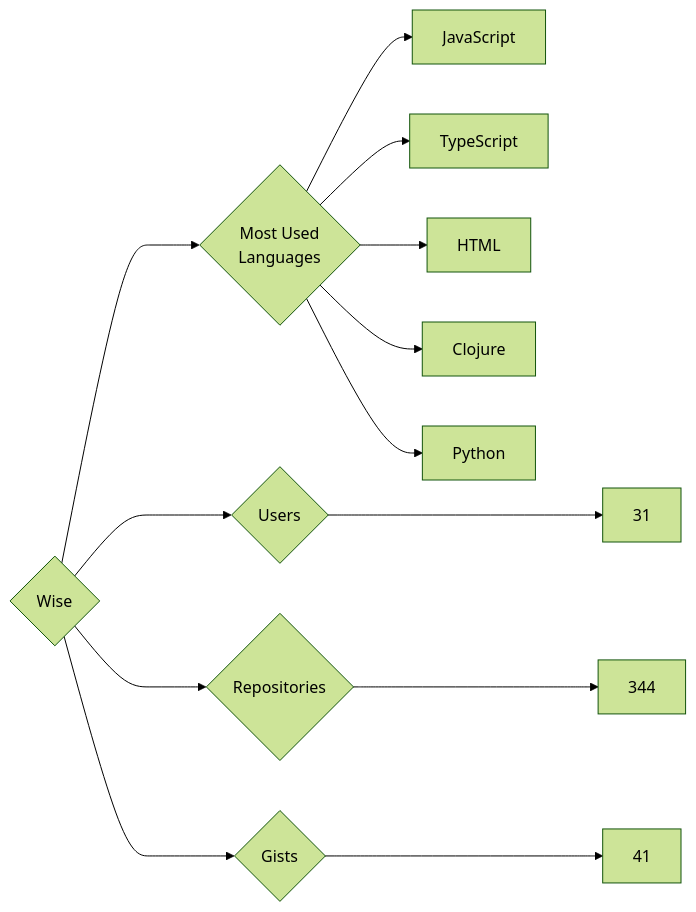
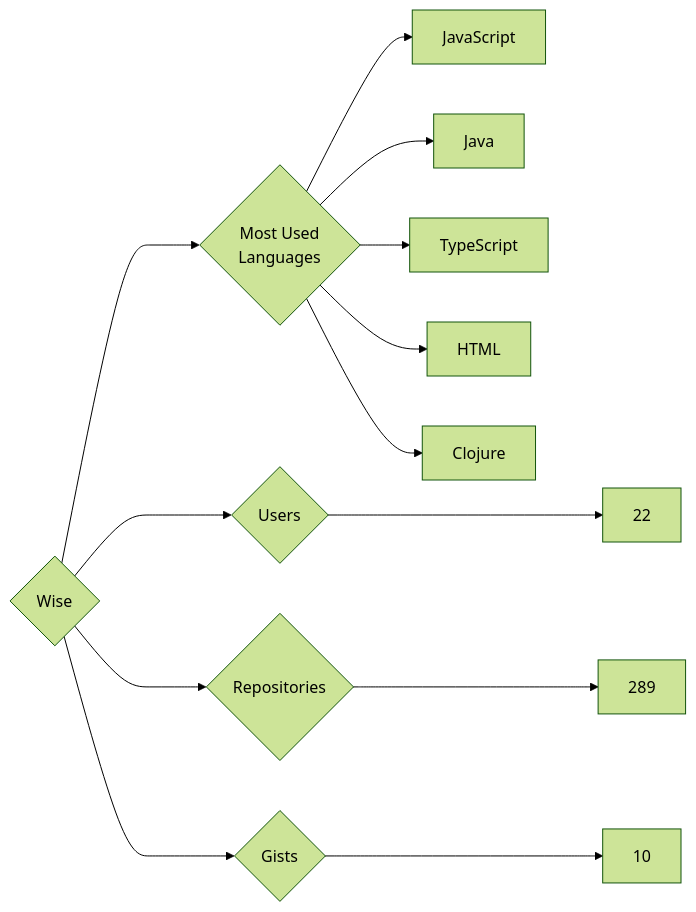
The diagram in targets/Wise/README.md (trickest/insiders), drawn with Mermaid (forest theme) before and after one commit. The commit also changed 728 other files, not shown here.

````diff
--- a/targets/Wise/README.md
+++ b/targets/Wise/README.md
@@ -3,13 +3,13 @@
 ```mermaid
 graph LR
 COMPANY_NAME{Wise}
-COMPANY_NAME ---> U{Users} ---> UN[31]
-COMPANY_NAME ---> R{Repositories} ---> RN[344]
-COMPANY_NAME ---> G{Gists} ---> GN[41]
+COMPANY_NAME ---> U{Users} ---> UN[22]
+COMPANY_NAME ---> R{Repositories} ---> RN[289]
+COMPANY_NAME ---> G{Gists} ---> GN[10]
 COMPANY_NAME ---> ML{Most Used<br>Languages}
 ML --> JavaScript[JavaScript]
+ML --> Java[Java]
 ML --> TypeScript[TypeScript]
 ML --> HTML[HTML]
 ML --> Clojure[Clojure]
-ML --> Python[Python]
 ```
````
